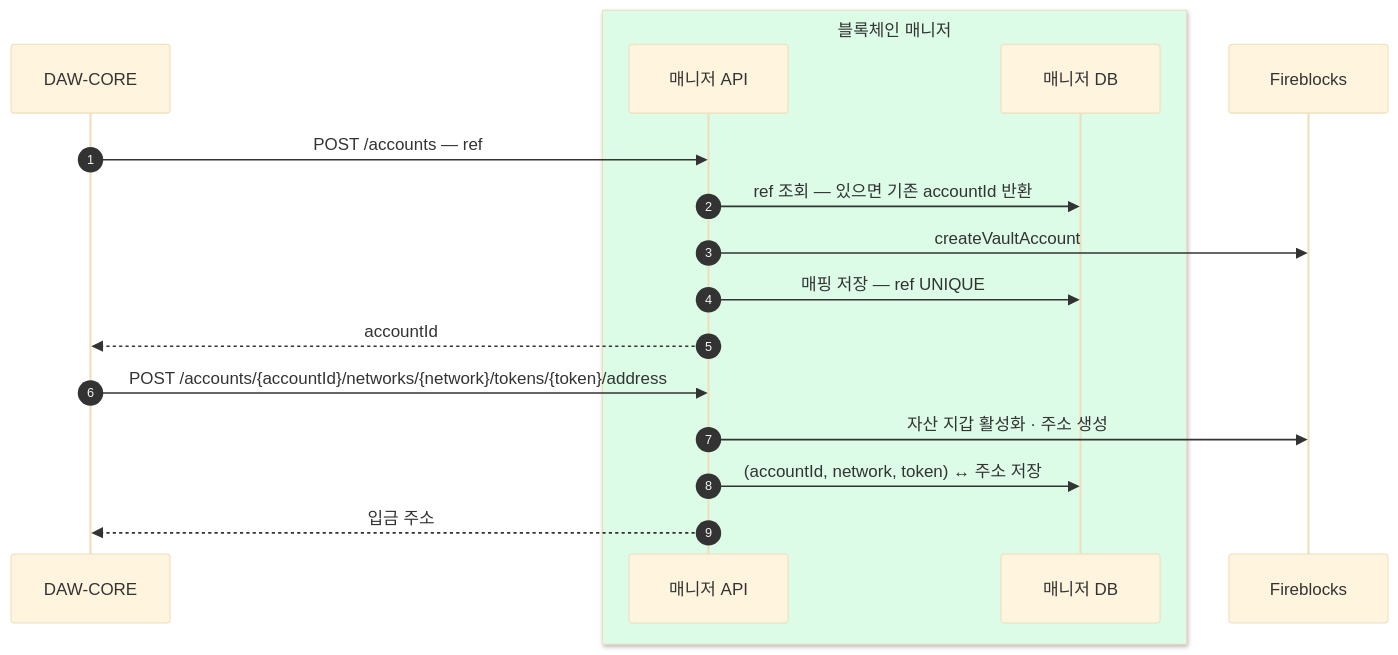
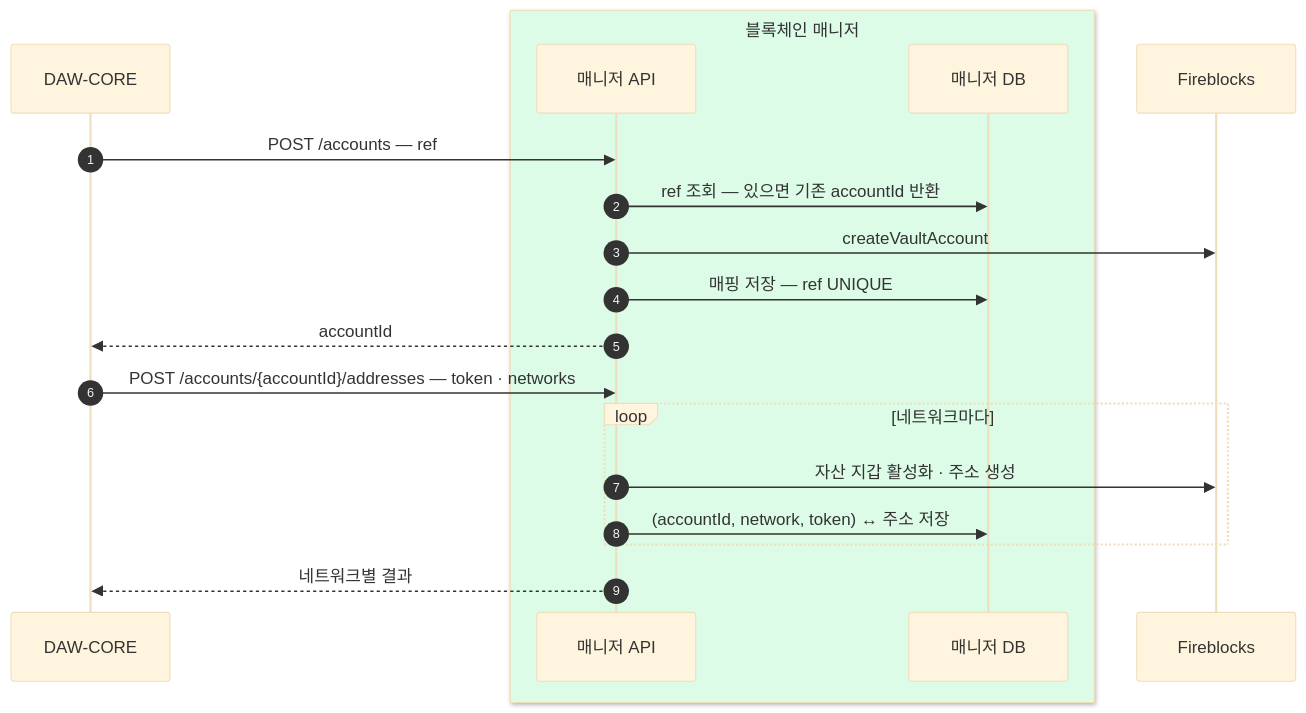
The first of 6 diagrams in blockchain-manager/docs/BC/설계/02-bcm-flow.md (eunsujeo/eunpus), drawn with Mermaid (base theme) before and after one commit. The commit also changed other lines of this file and 13 other files, not shown here.

````diff
--- a/blockchain-manager/docs/BC/설계/02-bcm-flow.md
+++ b/blockchain-manager/docs/BC/설계/02-bcm-flow.md
@@ -20,20 +19,22 @@
 ```mermaid
 sequenceDiagram
     autonumber
     participant BE as DAW-CORE
     box rgb(220,252,231) 블록체인 매니저
     participant BM as 매니저 API
     participant MDB as 매니저 DB
     end
     participant FB as Fireblocks
 
     BE->>BM: POST /accounts — ref
     BM->>MDB: ref 조회 — 있으면 기존 accountId 반환
     BM->>FB: createVaultAccount
     BM->>MDB: 매핑 저장 — ref UNIQUE
     BM-->>BE: accountId
-    BE->>BM: POST /accounts/{accountId}/networks/{network}/tokens/{token}/address
-    BM->>FB: 자산 지갑 활성화 · 주소 생성
-    BM->>MDB: (accountId, network, token) ↔ 주소 저장
-    BM-->>BE: 입금 주소
+    BE->>BM: POST /accounts/{accountId}/addresses — token · networks
+    loop 네트워크마다
+        BM->>FB: 자산 지갑 활성화 · 주소 생성
+        BM->>MDB: (accountId, network, token) ↔ 주소 저장
+    end
+    BM-->>BE: 네트워크별 결과
 ```
````
